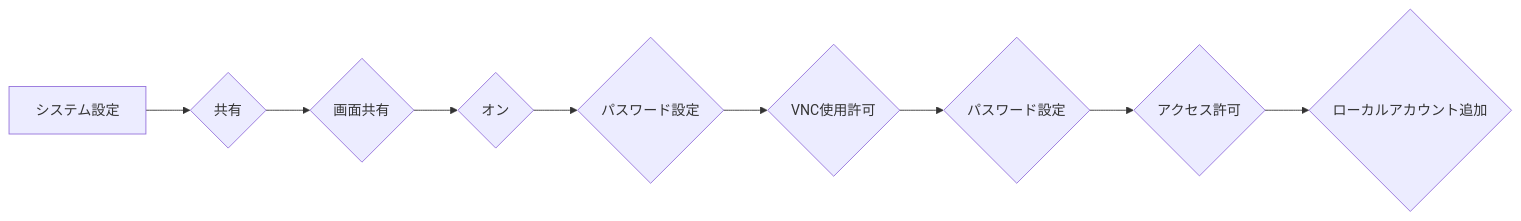
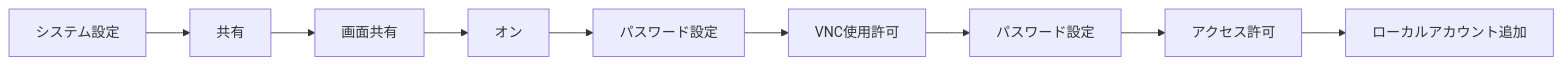
Before and after one commit to SparklingDetergent/doc_genai_Using_Generative_AI_with_Mac_Mini_M1_-Server_Setup-: the seventh of 8 diagrams in README.md, drawn with Mermaid. The commit also changed other lines of this file, not shown here.

````diff
--- a/README.md
+++ b/README.md
@@ -376,11 +376,11 @@
 ```mermaid
 graph LR
-    A[システム設定] --> B{共有}
-    B --> C{画面共有}
-    C --> D{オン}
-    D --> E{パスワード設定}
-    E --> F{VNC使用許可}
-    F --> G{パスワード設定}
-    G --> H{アクセス許可}
-    H --> I{ローカルアカウント追加}
+    A[システム設定] --> B[共有]
+    B --> C[画面共有]
+    C --> D[オン]
+    D --> E[パスワード設定]
+    E --> F[VNC使用許可]
+    F --> G[パスワード設定]
+    G --> H[アクセス許可]
+    H --> I[ローカルアカウント追加]
 ```
````
